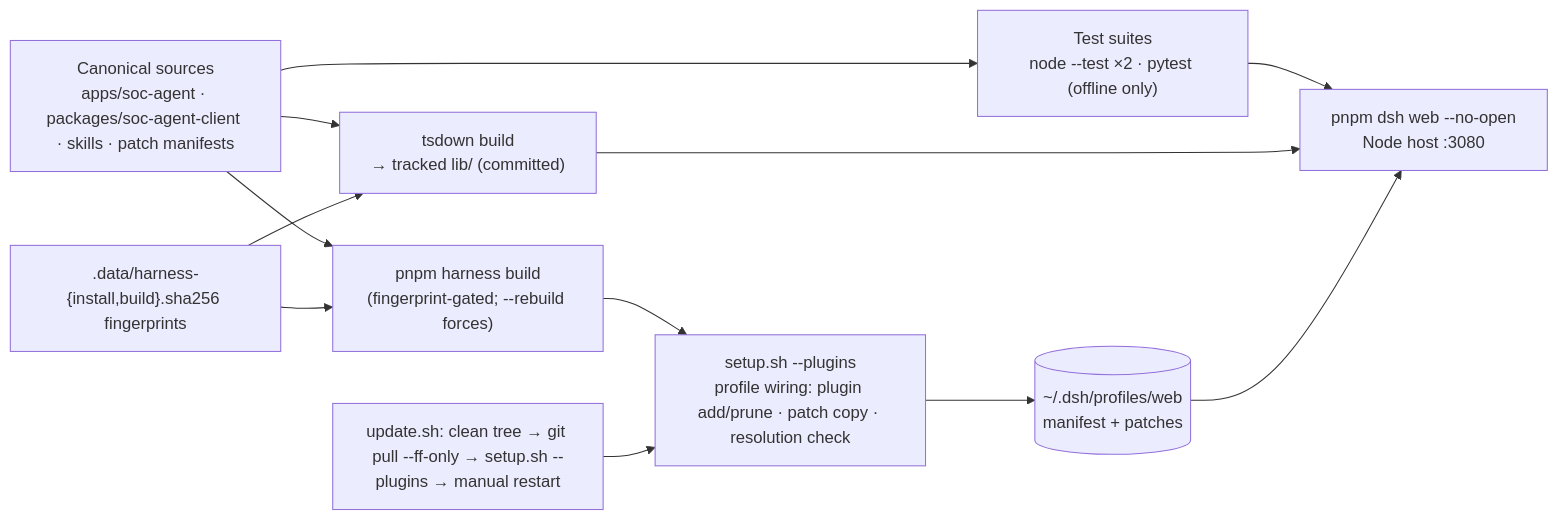
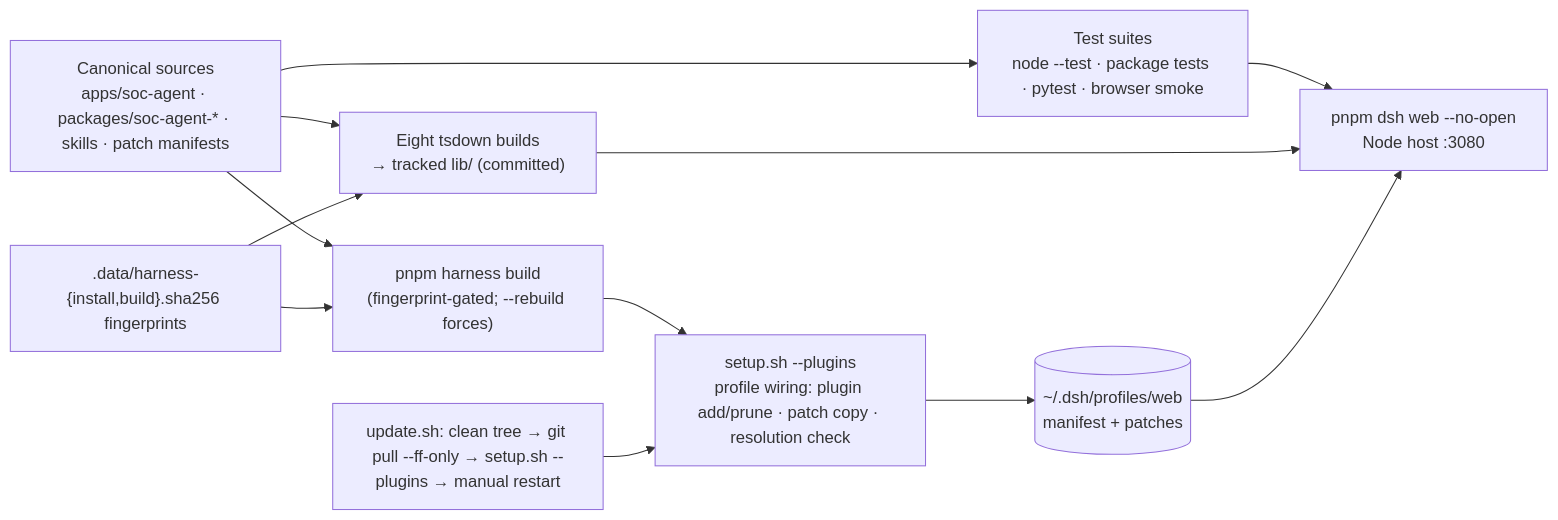
Before and after one commit to Benchan691/CITIC_AGENT: the diagram in docs/diagrams/build-test-deploy.mmd, drawn with Mermaid. The commit also changed 217 other files, not shown here.

First line of the commit message:
Refactor SOC agent to enhance browser package integration and documentation

```diff
--- a/docs/diagrams/build-test-deploy.mmd
+++ b/docs/diagrams/build-test-deploy.mmd
@@ -1,19 +1,19 @@
 %% Build/test/deploy lifecycle (verified against 56c8dd2)
 flowchart LR
-    src["Canonical sources<br/>apps/soc-agent · packages/soc-agent-client · skills · patch manifests"]
-    tests["Test suites<br/>node --test ×2 · pytest (offline only)"]
-    build1["tsdown build<br/>→ tracked lib/ (committed)"]
+    src["Canonical sources<br/>apps/soc-agent · packages/soc-agent-* · skills · patch manifests"]
+    tests["Test suites<br/>node --test · package tests · pytest · browser smoke"]
+    build1["Eight tsdown builds<br/>→ tracked lib/ (committed)"]
     build2["pnpm harness build<br/>(fingerprint-gated; --rebuild forces)"]
     fp[".data/harness-{install,build}.sha256 fingerprints"]
     setup["setup.sh --plugins<br/>profile wiring: plugin add/prune · patch copy · resolution check"]
     profile[("~/.dsh/profiles/web<br/>manifest + patches")]
     deploy["pnpm dsh web --no-open<br/>Node host :3080"]
     update["update.sh: clean tree → git pull --ff-only → setup.sh --plugins → manual restart"]
 
     src --> tests --> deploy
     src --> build1 --> deploy
     src --> build2
     fp --> build1
     fp --> build2
     build2 --> setup --> profile --> deploy
     update --> setup
```
